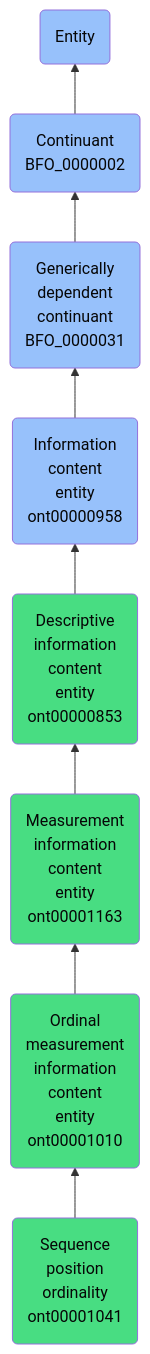
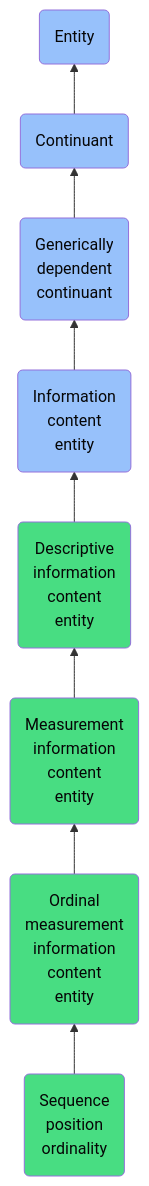
One commit to jupyter-naas/abi changed the diagram in docs/ontology/reference/model/Entity/Continuant/Generically dependent continuant/Information content entity/Descriptive information content entity/Measurement information content entity/Ordinal measurement information content entity/Sequence position ordinality/Sequence position ordinality.md. Above: the diagram before and after it, drawn with Mermaid. The commit also changed other lines of this file and 1430 other files, not shown here.

````diff
--- a/docs/ontology/reference/model/Entity/Continuant/Generically dependent continuant/Information content entity/Descriptive information content entity/Measurement information content entity/Ordinal measurement information content entity/Sequence position ordinality/Sequence position ordinality.md
+++ b/docs/ontology/reference/model/Entity/Continuant/Generically dependent continuant/Information content entity/Descriptive information content entity/Measurement information content entity/Ordinal measurement information content entity/Sequence position ordinality/Sequence position ordinality.md
@@ -24,15 +24,15 @@
 ```mermaid
 graph BT
-    ont00001041(Sequence<br>position<br>ordinality<br>ont00001041):::ABI-->ont00001010
-    ont00001010(Ordinal<br>measurement<br>information<br>content<br>entity<br>ont00001010):::ABI-->ont00001163
-    ont00001163(Measurement<br>information<br>content<br>entity<br>ont00001163):::ABI-->ont00000853
-    ont00000853(Descriptive<br>information<br>content<br>entity<br>ont00000853):::ABI-->ont00000958
-    ont00000958(Information<br>content<br>entity<br>ont00000958):::BFO-->BFO_0000031
-    BFO_0000031(Generically<br>dependent<br>continuant<br>BFO_0000031):::BFO-->BFO_0000002
-    BFO_0000002(Continuant<br>BFO_0000002):::BFO-->BFO_0000001
+    ont00001041(Sequence<br>position<br>ordinality):::ABI-->ont00001010
+    ont00001010(Ordinal<br>measurement<br>information<br>content<br>entity):::ABI-->ont00001163
+    ont00001163(Measurement<br>information<br>content<br>entity):::ABI-->ont00000853
+    ont00000853(Descriptive<br>information<br>content<br>entity):::ABI-->ont00000958
+    ont00000958(Information<br>content<br>entity):::BFO-->BFO_0000031
+    BFO_0000031(Generically<br>dependent<br>continuant):::BFO-->BFO_0000002
+    BFO_0000002(Continuant):::BFO-->BFO_0000001
     BFO_0000001(Entity):::BFO
     
     classDef BFO fill:#97c1fb,color:#060606
     classDef CCO fill:#e4c51e,color:#060606
     classDef ABI fill:#48DD82,color:#060606
 ```
````
